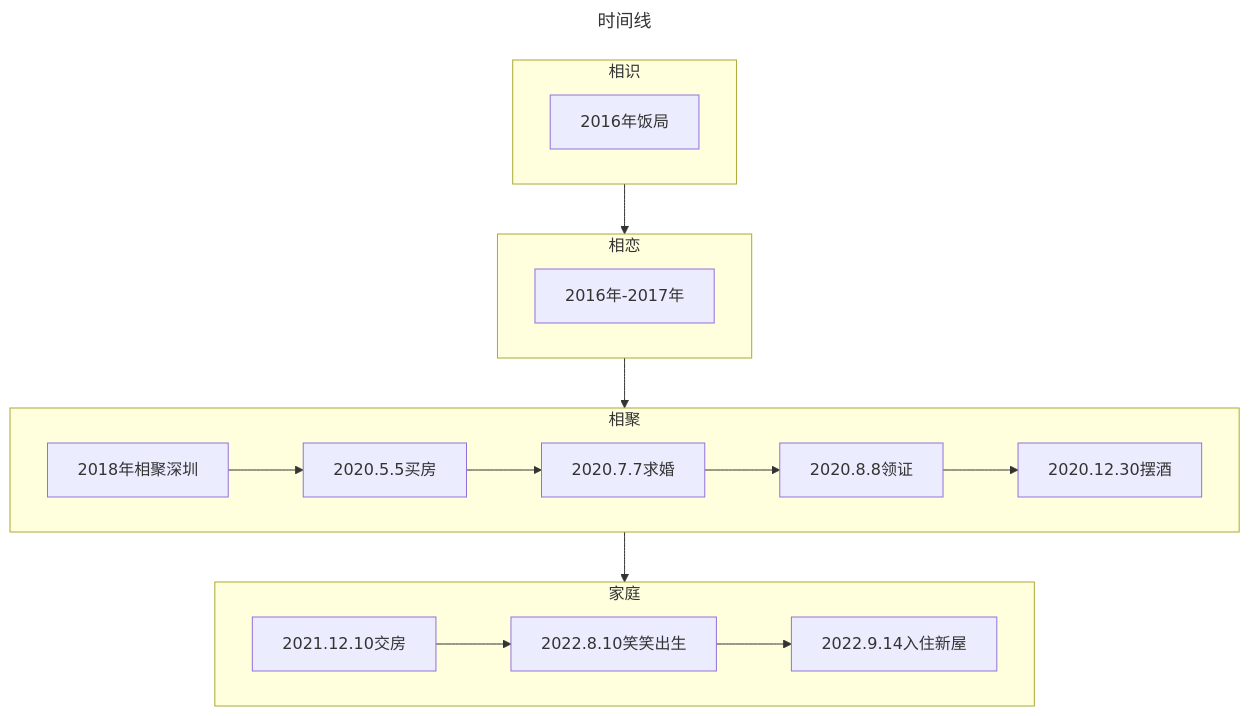
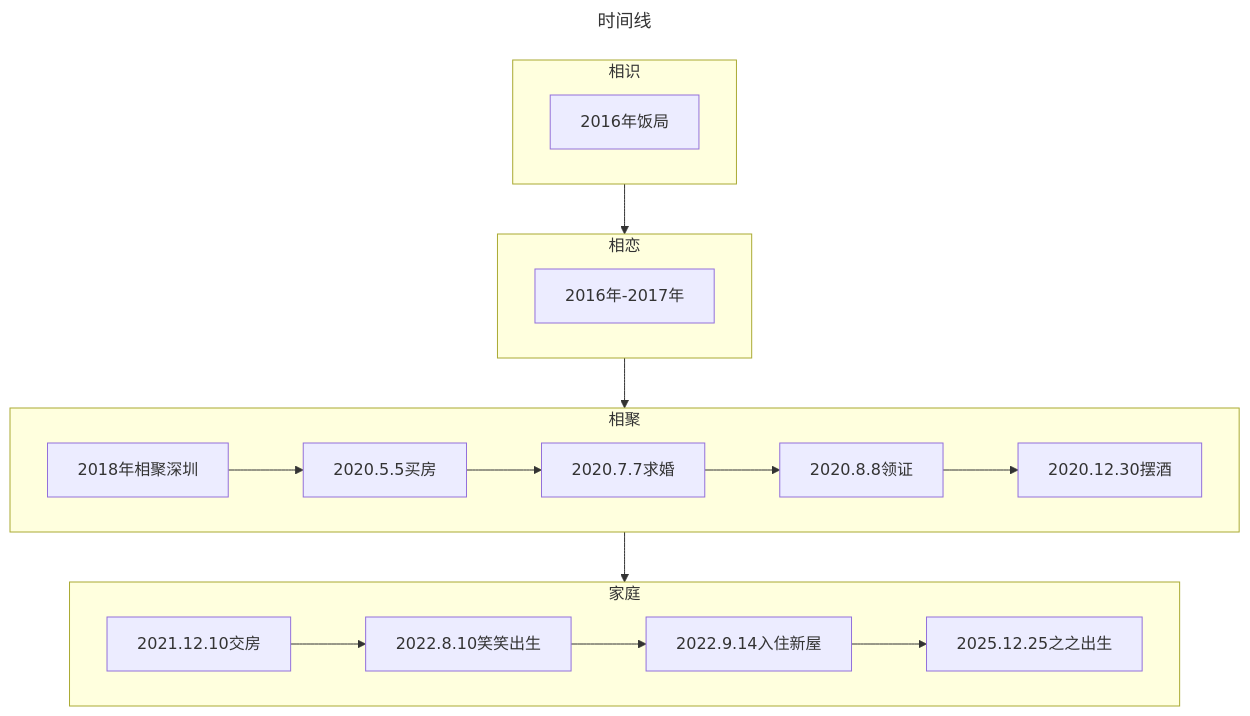
The diagram in src/家庭/intro.md (arthurfsy2/arthurfsy2.github.io), drawn with Mermaid before and after one commit. The commit also changed other lines of this file and 22 other files, not shown here.

````diff
--- a/src/家庭/intro.md
+++ b/src/家庭/intro.md
@@ -40,21 +42,21 @@
 ```mermaid
 ---
 title: 时间线
 ---
 flowchart TB
     subgraph 相识
     2016年饭局
     end
     subgraph 相恋
     2016年-2017年
     end
     subgraph 相聚
     2018年相聚深圳-->2020.5.5买房-->2020.7.7求婚-->2020.8.8领证-->2020.12.30摆酒
     end
     subgraph 家庭
-    2021.12.10交房-->2022.8.10笑笑出生-->2022.9.14入住新屋
+    2021.12.10交房-->2022.8.10笑笑出生-->2022.9.14入住新屋-->2025.12.25之之出生
     end
     相识 --> 相恋
     相恋 --> 相聚
     相聚 --> 家庭
 ```
````
